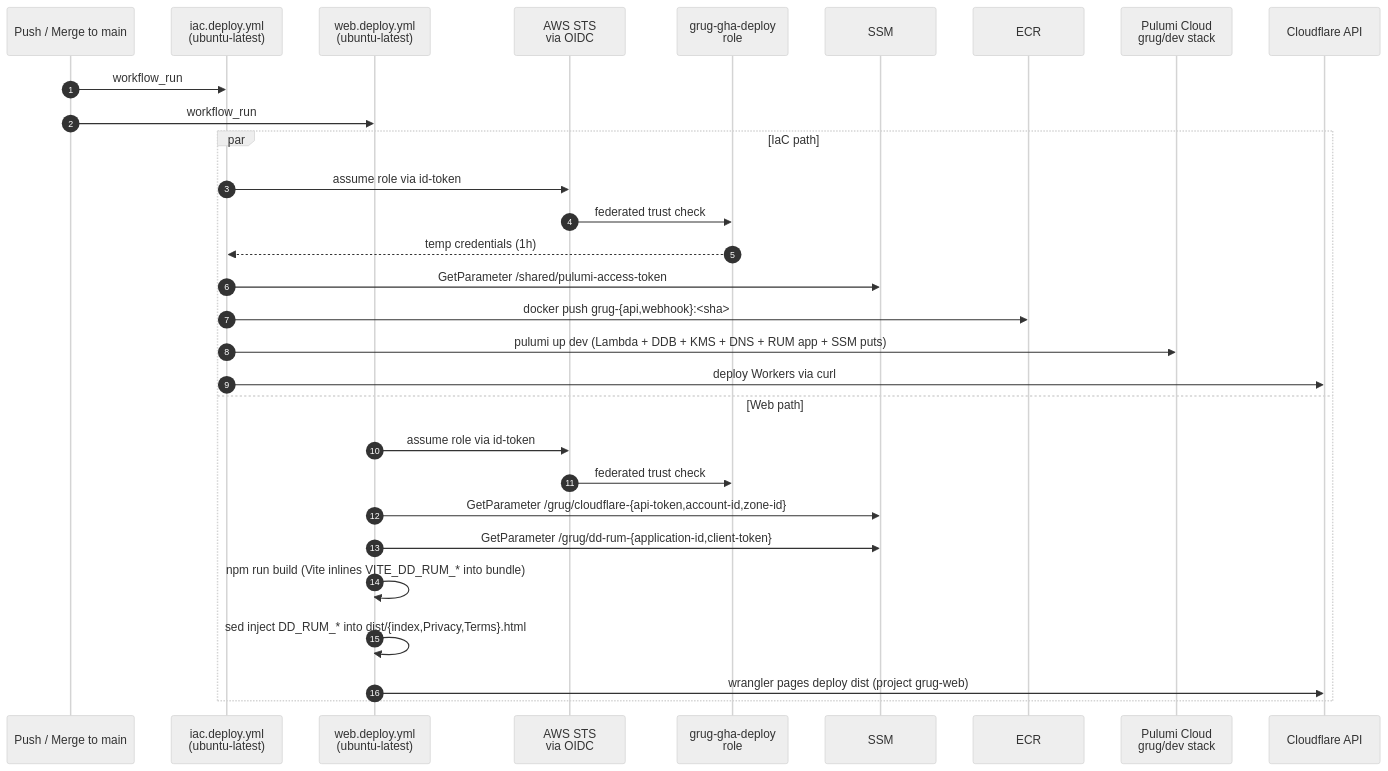
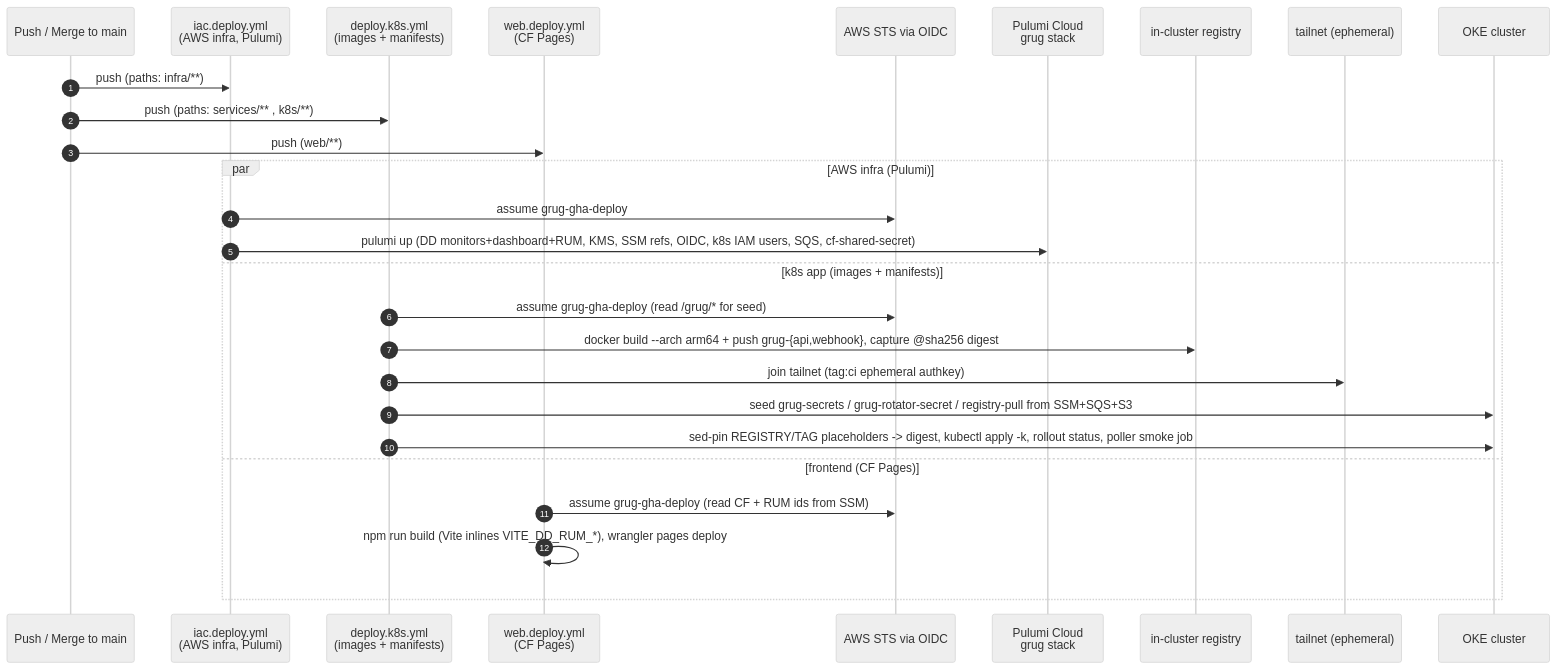
One commit to quadseven/grug changed the fifth of 6 diagrams in docs/NETWORK-TOPOLOGY.md. Above: the diagram before and after it, drawn with Mermaid (neutral theme). The commit also changed other lines of this file, not shown here.

First line of the commit message:
docs(grug): rewrite NETWORK-TOPOLOGY for the k8s/tunnel/CNPG/SQS runtime

````diff
--- a/docs/NETWORK-TOPOLOGY.md
+++ b/docs/NETWORK-TOPOLOGY.md
@@ -143,34 +206,31 @@
 ```mermaid
 sequenceDiagram
     autonumber
     participant Push as Push / Merge to main
-    participant IAC as iac.deploy.yml<br/>(ubuntu-latest)
-    participant Web as web.deploy.yml<br/>(ubuntu-latest)
-    participant OIDC as AWS STS<br/>via OIDC
-    participant Role as grug-gha-deploy<br/>role
-    participant SSM
-    participant ECR
-    participant Pulumi as Pulumi Cloud<br/>grug/dev stack
-    participant CFAPI as Cloudflare API
+    participant IAC as iac.deploy.yml<br/>(AWS infra, Pulumi)
+    participant K8S as deploy.k8s.yml<br/>(images + manifests)
+    participant Web as web.deploy.yml<br/>(CF Pages)
+    participant OIDC as AWS STS via OIDC
+    participant Pulumi as Pulumi Cloud<br/>grug stack
+    participant Reg as in-cluster registry
+    participant TS as tailnet (ephemeral)
+    participant K as OKE cluster
 
-    Push->>IAC: workflow_run
-    Push->>Web: workflow_run
+    Push->>IAC: push (paths: infra/**)
+    Push->>K8S: push (paths: services/** , k8s/**)
+    Push->>Web: push (web/**)
 
-    par IaC path
-        IAC->>OIDC: assume role via id-token
-        OIDC->>Role: federated trust check
-        Role-->>IAC: temp credentials (1h)
-        IAC->>SSM: GetParameter /shared/pulumi-access-token
-        IAC->>ECR: docker push grug-{api,webhook}:<sha>
-        IAC->>Pulumi: pulumi up dev (Lambda + DDB + KMS + DNS + RUM app + SSM puts)
-        IAC->>CFAPI: deploy Workers via curl
-    and Web path
-        Web->>OIDC: assume role via id-token
-        OIDC->>Role: federated trust check
-        Web->>SSM: GetParameter /grug/cloudflare-{api-token,account-id,zone-id}
-        Web->>SSM: GetParameter /grug/dd-rum-{application-id,client-token}
-        Web->>Web: npm run build (Vite inlines VITE_DD_RUM_* into bundle)
-        Web->>Web: sed inject DD_RUM_* into dist/{index,Privacy,Terms}.html
-        Web->>CFAPI: wrangler pages deploy dist (project grug-web)
+    par AWS infra (Pulumi)
+        IAC->>OIDC: assume grug-gha-deploy
+        IAC->>Pulumi: pulumi up (DD monitors+dashboard+RUM, KMS, SSM refs, OIDC, k8s IAM users, SQS, cf-shared-secret)
+    and k8s app (images + manifests)
+        K8S->>OIDC: assume grug-gha-deploy (read /grug/* for seed)
+        K8S->>Reg: docker build --arch arm64 + push grug-{api,webhook}, capture @sha256 digest
+        K8S->>TS: join tailnet (tag:ci ephemeral authkey)
+        K8S->>K: seed grug-secrets / grug-rotator-secret / registry-pull from SSM+SQS+S3
+        K8S->>K: sed-pin REGISTRY/TAG placeholders -> digest, kubectl apply -k, rollout status, poller smoke job
+    and frontend (CF Pages)
+        Web->>OIDC: assume grug-gha-deploy (read CF + RUM ids from SSM)
+        Web->>Web: npm run build (Vite inlines VITE_DD_RUM_*), wrangler pages deploy
     end
 ```
````
